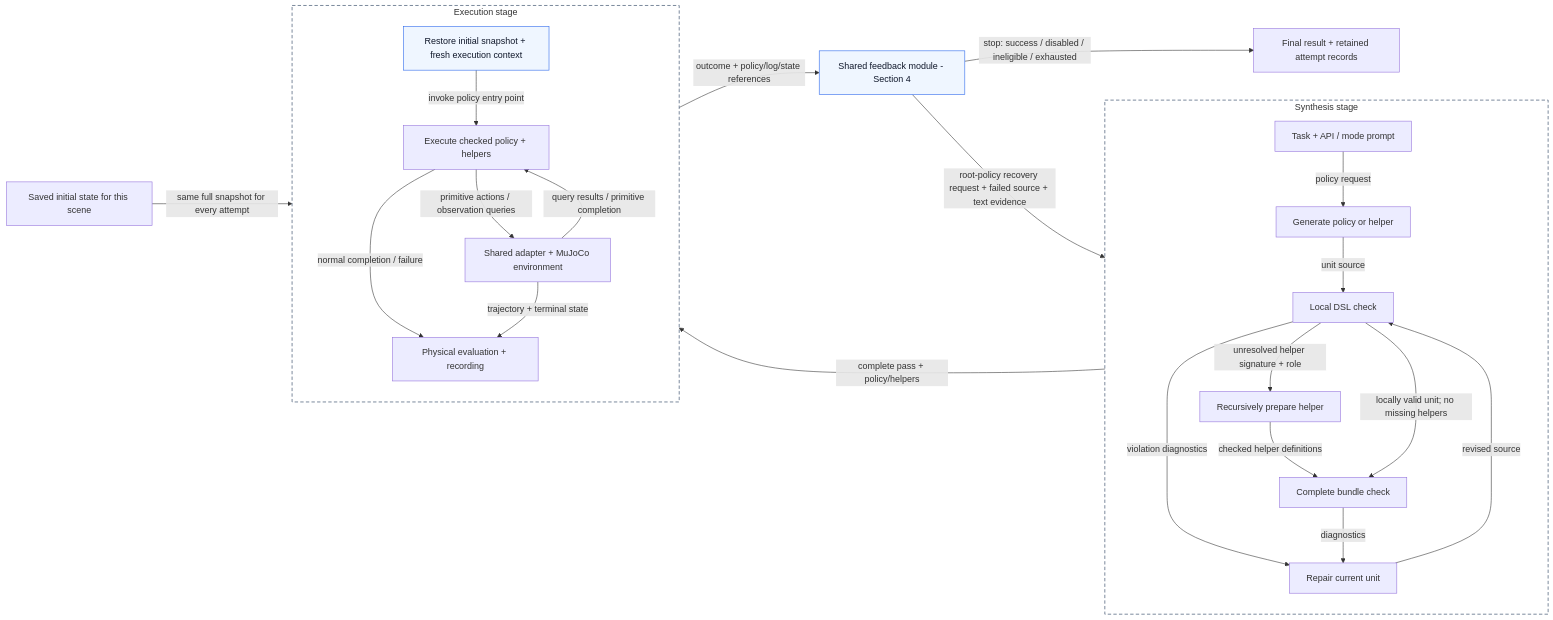
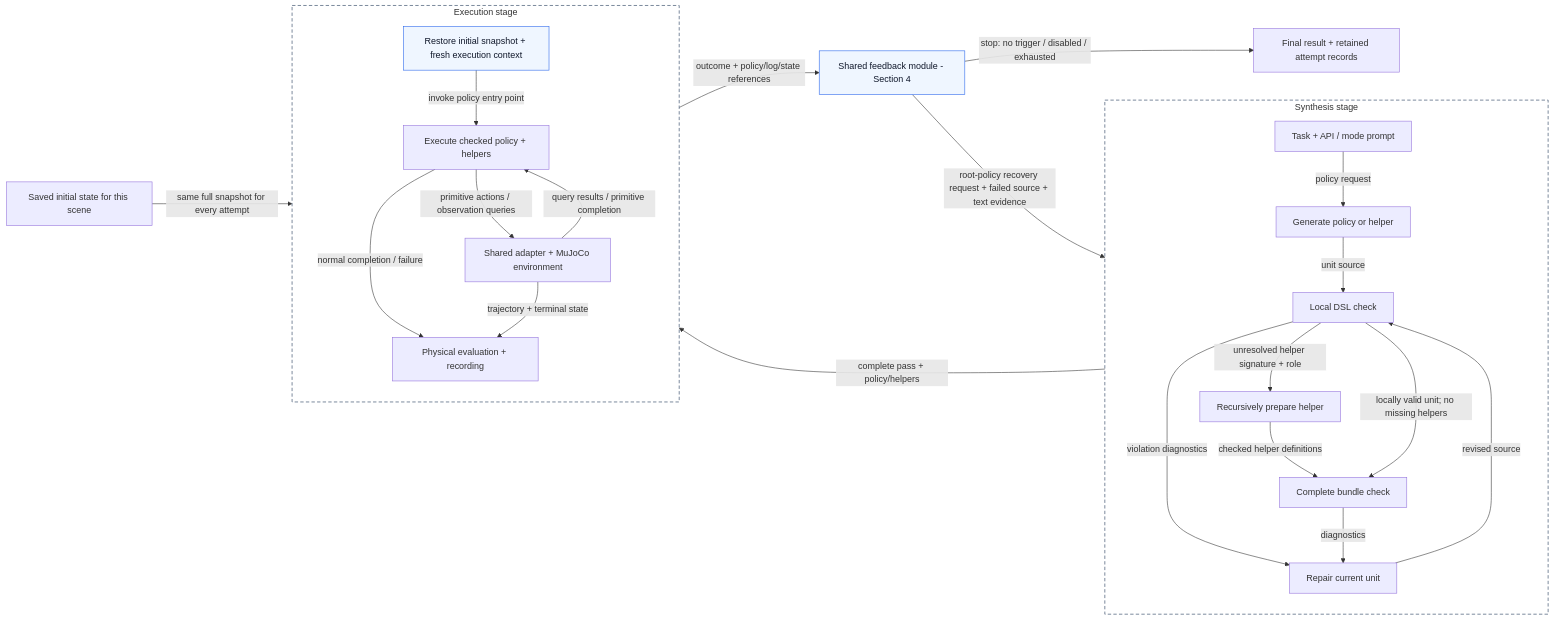
Before and after one commit to RU-Automated-Reasoning-Group/RoboVerify: the third of 4 diagrams in roboverify/synthesis/cap/docs/revision_4_failure_recover.md, drawn with Mermaid. The commit also changed other lines of this file, not shown here.

````diff
--- a/roboverify/synthesis/cap/docs/revision_4_failure_recover.md
+++ b/roboverify/synthesis/cap/docs/revision_4_failure_recover.md
@@ -289,32 +316,32 @@
 ```mermaid
 flowchart LR
     subgraph SYN["Synthesis stage"]
         direction TB
         I["Task + API / mode prompt"] -->|"policy request"| G["Generate policy or helper"]
         G -->|"unit source"| L["Local DSL check"]
         L -->|"violation diagnostics"| R["Repair current unit"]
         R -->|"revised source"| L
         L -->|"unresolved helper signature + role"| H["Recursively prepare helper"]
         H -->|"checked helper definitions"| C["Complete bundle check"]
         L -->|"locally valid unit; no missing helpers"| C
         C -->|"diagnostics"| R
     end
     subgraph RUN["Execution stage"]
         direction TB
         RESET["Restore initial snapshot + fresh execution context"] -->|"invoke policy entry point"| E
         E["Execute checked policy + helpers"] -->|"primitive actions / observation queries"| ENV["Shared adapter + MuJoCo environment"]
         ENV -->|"query results / primitive completion"| E
         E -->|"normal completion / failure"| OUT["Physical evaluation + recording"]
         ENV -->|"trajectory + terminal state"| OUT
     end
     C -->|"complete pass + policy/helpers"| RESET
     style SYN fill:none,stroke:#64748b,stroke-width:1.5px,stroke-dasharray:6 4
     style RUN fill:none,stroke:#64748b,stroke-width:1.5px,stroke-dasharray:6 4
     S0["Saved initial state for this scene"] -->|"same full snapshot for every attempt"| RESET
     OUT -->|"outcome + policy/log/state references"| FEEDBACK
     FEEDBACK["Shared feedback module - Section 4"]
-    FEEDBACK -->|"stop: success / disabled / ineligible / exhausted"| FIN["Final result + retained attempt records"]
+    FEEDBACK -->|"stop: no trigger / disabled / exhausted"| FIN["Final result + retained attempt records"]
     FEEDBACK -->|"root-policy recovery request + failed source + text evidence"| G
     classDef recovery fill:#eff6ff,stroke:#2563eb,color:#0f172a
     class RESET,FEEDBACK recovery
 ```
````
